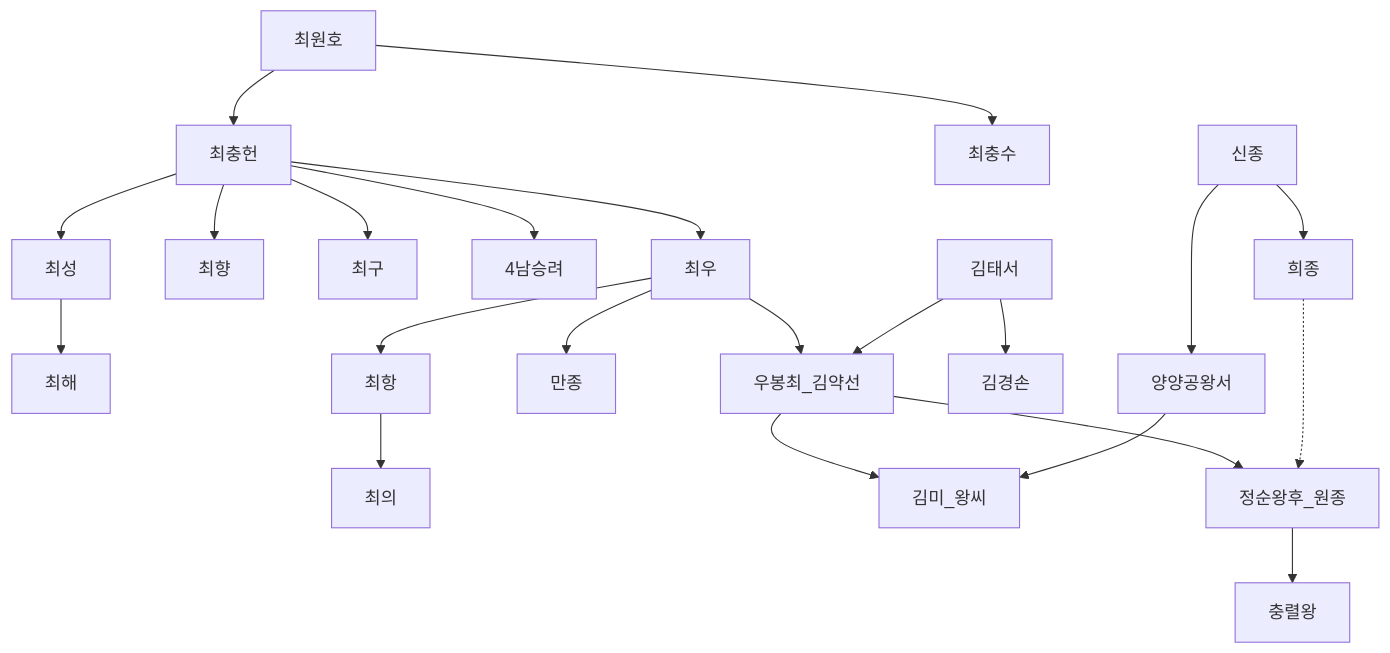
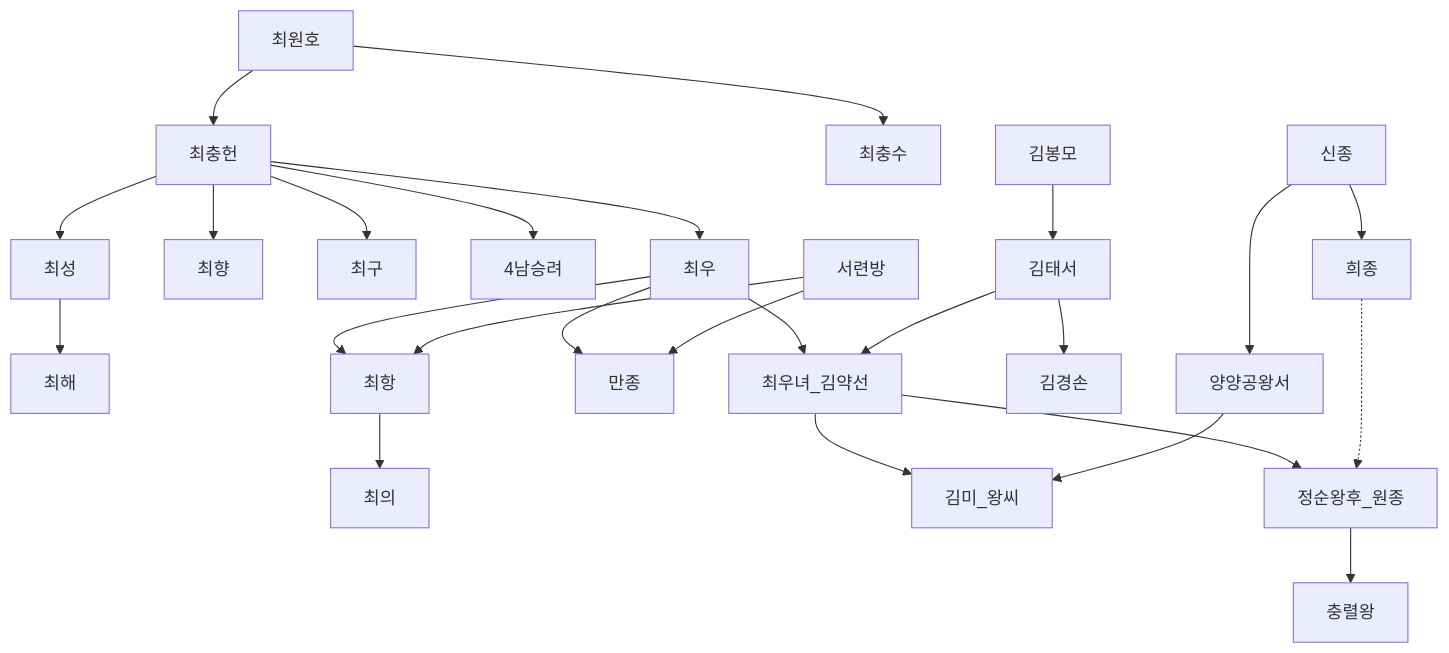
One commit to daewonyoon/historigram changed the second of 2 diagrams in 한국사/고려_무신정권.md. Above: the diagram before and after it, drawn with Mermaid. The commit also changed 1 other file, not shown here.

Commit message:
업데이트

````diff
--- a/한국사/고려_무신정권.md
+++ b/한국사/고려_무신정권.md
@@ -37,22 +37,24 @@
 ```mermaid
 graph TD
 
 최원호 --> 최충헌 --> 최우
 최원호 --> 최충수
 최충헌 --> 최향
 최충헌 --> 최구
 최충헌 --> 4남승려
 최충헌 --> 최성 --> 최해
 최우 --> 최항 --> 최의
 최우 --> 만종
-최우 --> 우봉최_김약선
-김태서 --> 우봉최_김약선 --> 김미_왕씨
-김태서 --> 김경손
-우봉최_김약선 --> 정순왕후_원종
+최우 --> 최우녀_김약선
+서련방 --> 만종
+서련방 --> 최항
+김태서 --> 최우녀_김약선 --> 김미_왕씨
+김봉모 --> 김태서 --> 김경손
+최우녀_김약선 --> 정순왕후_원종
 정순왕후_원종 --> 충렬왕
 신종 --> 희종 -..-> 정순왕후_원종
 신종 --> 양양공왕서 --> 김미_왕씨
 
 
 
 ```
````
